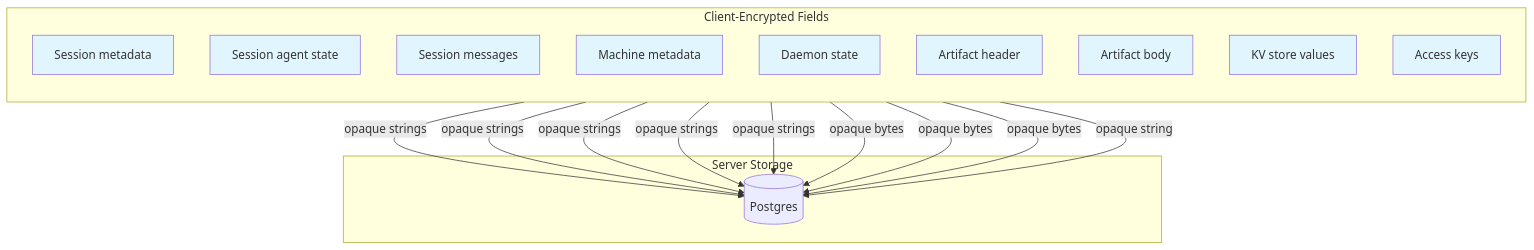
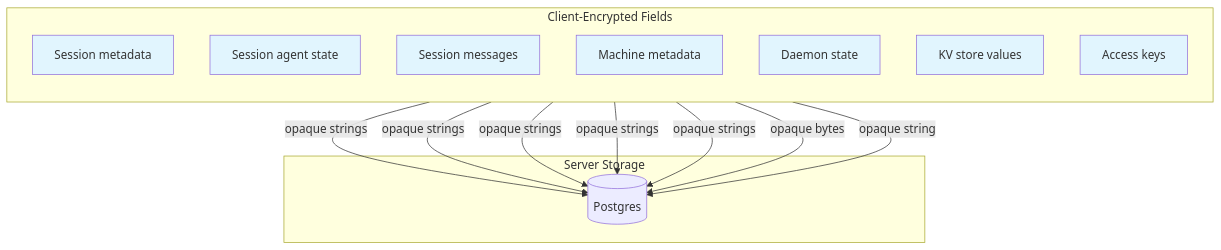
Before and after one commit to am6737/happy-next: the seventh of 12 diagrams in docs/encryption.md, drawn with Mermaid. The commit also changed other lines of this file and 36 other files, not shown here.

````diff
--- a/docs/encryption.md
+++ b/docs/encryption.md
@@ -165,35 +165,30 @@
 ```mermaid
 graph TB
     subgraph "Client-Encrypted Fields"
         direction TB
         S1[Session metadata]
         S2[Session agent state]
         S3[Session messages]
         M1[Machine metadata]
         M2[Daemon state]
-        A1[Artifact header]
-        A2[Artifact body]
         K1[KV store values]
         AK[Access keys]
     end
 
     subgraph "Server Storage"
         DB[(Postgres)]
     end
 
     S1 & S2 & S3 --> |opaque strings| DB
     M1 & M2 --> |opaque strings| DB
-    A1 & A2 --> |opaque bytes| DB
     K1 --> |opaque bytes| DB
     AK --> |opaque string| DB
 
     style S1 fill:#e1f5fe
     style S2 fill:#e1f5fe
     style S3 fill:#e1f5fe
     style M1 fill:#e1f5fe
     style M2 fill:#e1f5fe
-    style A1 fill:#e1f5fe
-    style A2 fill:#e1f5fe
     style K1 fill:#e1f5fe
     style AK fill:#e1f5fe
 ```
````
